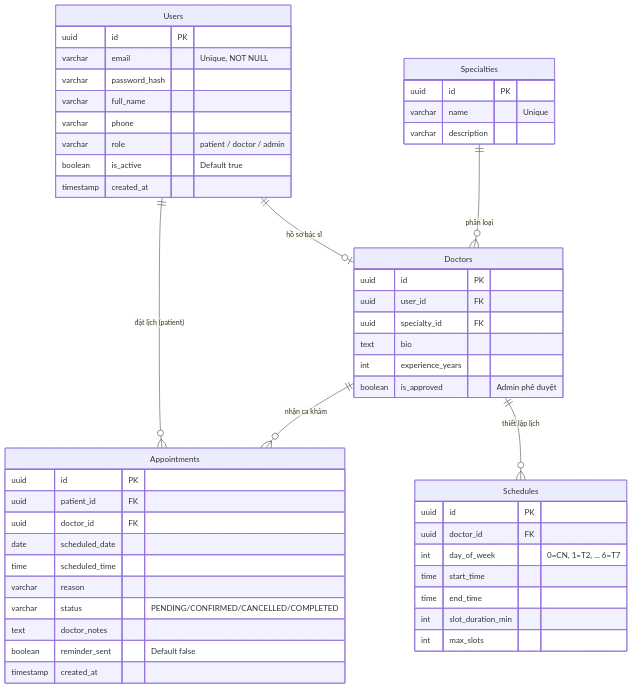
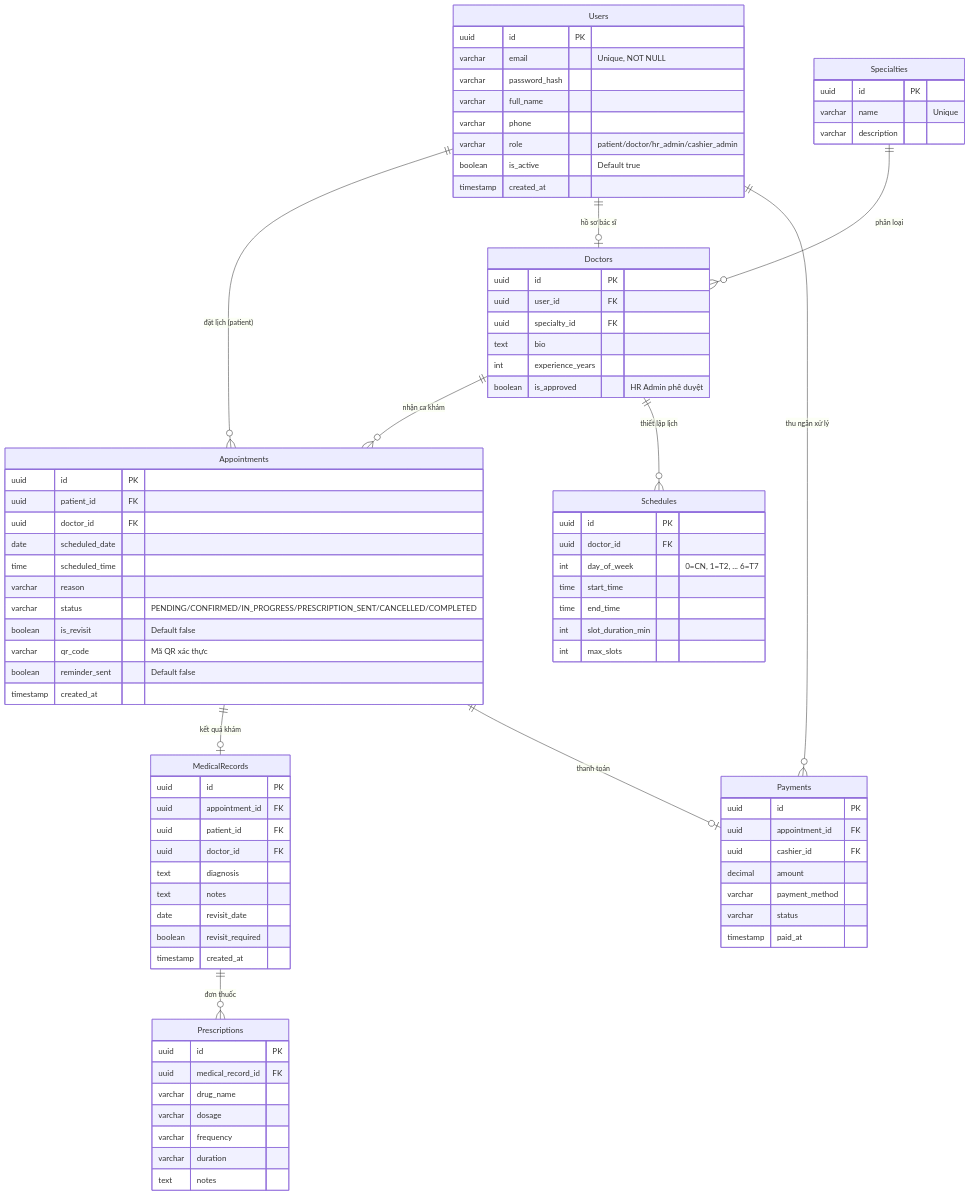
One commit to TruongTheHaiThinh/MedBook-Online-Medical-Appointment-Booking-System changed the second of 4 diagrams in TruongTheHaiThinh_project-proposal.md. Above: the diagram before and after it, drawn with Mermaid. The commit also changed other lines of this file, not shown here.

````diff
--- a/TruongTheHaiThinh_project-proposal.md
+++ b/TruongTheHaiThinh_project-proposal.md
@@ -159,9 +213,13 @@
 erDiagram
     Users ||--o{ Appointments : "đặt lịch (patient)"
     Users ||--o| Doctors : "hồ sơ bác sĩ"
+    Users ||--o{ Payments : "thu ngân xử lý"
     Doctors ||--o{ Appointments : "nhận ca khám"
     Doctors ||--o{ Schedules : "thiết lập lịch"
     Specialties ||--o{ Doctors : "phân loại"
+    Appointments ||--o| MedicalRecords : "kết quả khám"
+    Appointments ||--o| Payments : "thanh toán"
+    MedicalRecords ||--o{ Prescriptions : "đơn thuốc"
 
     Users {
         uuid id PK
@@ -169,7 +227,7 @@
         varchar password_hash
         varchar full_name
         varchar phone
-        varchar role "patient / doctor / admin"
+        varchar role "patient/doctor/hr_admin/cashier_admin"
         boolean is_active "Default true"
         timestamp created_at
     }
@@ -180,7 +238,7 @@
         uuid specialty_id FK
         text bio
         int experience_years
-        boolean is_approved "Admin phê duyệt"
+        boolean is_approved "HR Admin phê duyệt"
     }
 
     Specialties {
@@ -206,9 +264,42 @@
         date scheduled_date
         time scheduled_time
         varchar reason
-        varchar status "PENDING/CONFIRMED/CANCELLED/COMPLETED"
-        text doctor_notes
+        varchar status "PENDING/CONFIRMED/IN_PROGRESS/PRESCRIPTION_SENT/CANCELLED/COMPLETED"
+        boolean is_revisit "Default false"
+        varchar qr_code "Mã QR xác thực"
         boolean reminder_sent "Default false"
         timestamp created_at
     }
+
+    MedicalRecords {
+        uuid id PK
+        uuid appointment_id FK
+        uuid patient_id FK
+        uuid doctor_id FK
+        text diagnosis
+        text notes
+        date revisit_date
+        boolean revisit_required
+        timestamp created_at
+    }
+
+    Prescriptions {
+        uuid id PK
+        uuid medical_record_id FK
+        varchar drug_name
+        varchar dosage
+        varchar frequency
+        varchar duration
+        text notes
+    }
+
+    Payments {
+        uuid id PK
+        uuid appointment_id FK
+        uuid cashier_id FK
+        decimal amount
+        varchar payment_method
+        varchar status
+        timestamp paid_at
+    }
 ```
````
